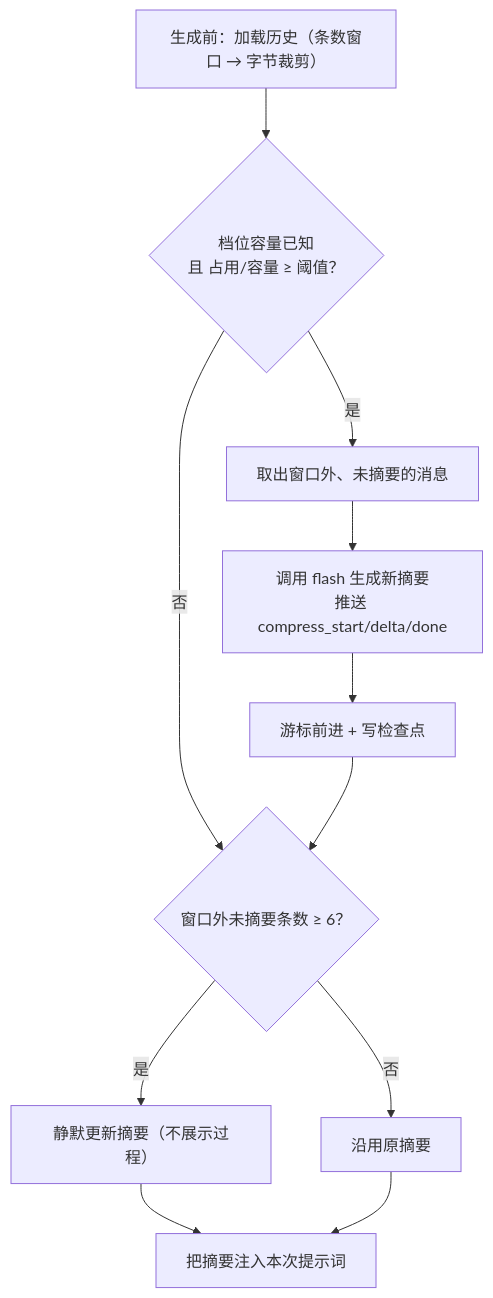
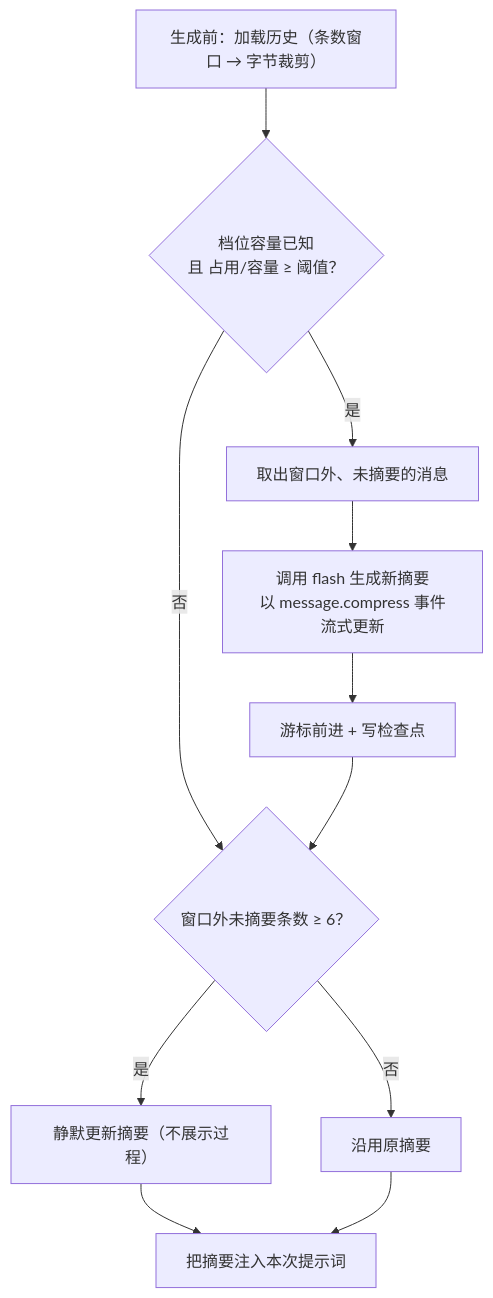
One commit to olinex/zhongkui changed the sixth of 8 diagrams in docs/curated/explanation/agent-architecture.md. Above: the diagram before and after it, drawn with Mermaid. The commit also changed other lines of this file and 434 other files, not shown here.

````diff
--- a/docs/curated/explanation/agent-architecture.md
+++ b/docs/curated/explanation/agent-architecture.md
@@ -643,13 +645,13 @@
 ```mermaid
 flowchart TD
     A["生成前：加载历史（条数窗口 → 字节裁剪）"] --> B{"档位容量已知<br/>且 占用/容量 ≥ 阈值？"}
     B -->|是| C["取出窗口外、未摘要的消息"]
-    C --> D["调用 flash 生成新摘要<br/>推送 compress_start/delta/done"]
+    C --> D["调用 flash 生成新摘要<br/>以 message.compress 事件流式更新"]
     D --> E["游标前进 + 写检查点"]
     B -->|否| F{"窗口外未摘要条数 ≥ 6？"}
     E --> F
     F -->|是| G["静默更新摘要（不展示过程）"]
     F -->|否| H["沿用原摘要"]
     G --> I["把摘要注入本次提示词"]
     H --> I
 ```
````
